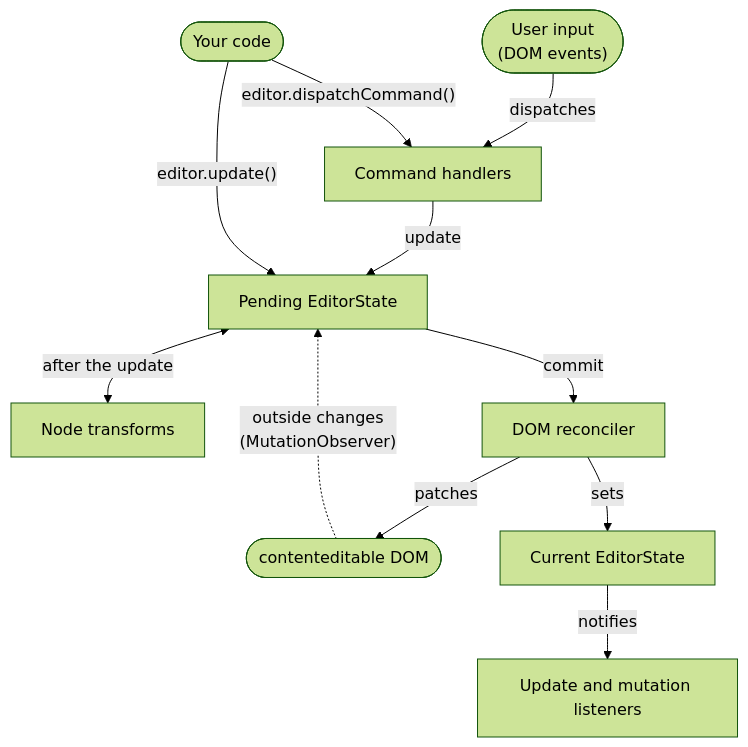
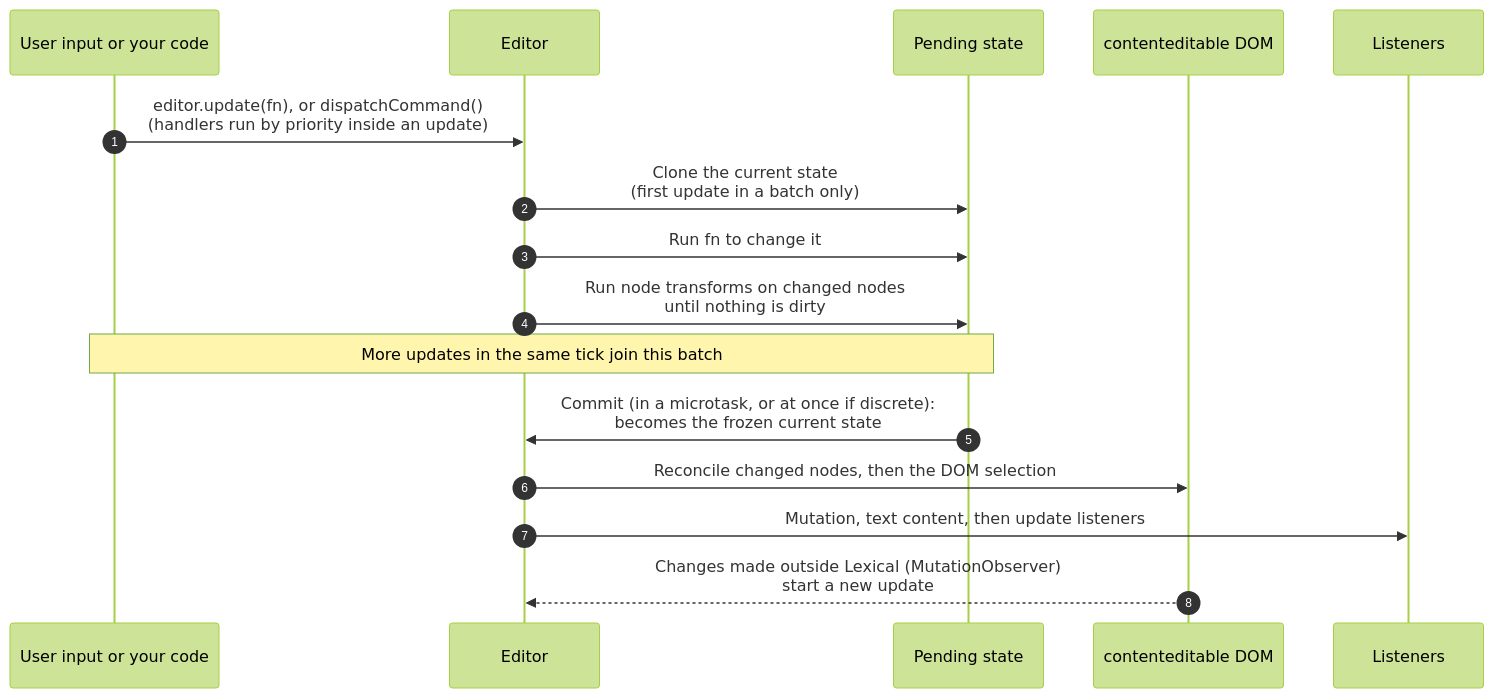
One commit to facebook/lexical changed the third of 3 diagrams in packages/lexical-website/docs/intro.md. Above: the diagram before and after it, drawn with Mermaid (forest theme). The commit also changed other lines of this file, not shown here.

Commit message:
[lexical-website] Documentation Update: Redraw the intro's update diagram as an ordered sequence
## Description

The update diagram was a flowchart of connections that did not show the
order in which an update happens. It is now a numbered sequence diagram
that follows `$beginUpdate` and `$commitPendingUpdates`: start an update
(directly or through command handlers), clone the pending state for the
first update in a batch, run the callback, run node transforms until
nothing is dirty, batch further updates, commit (microtask or discrete),
reconcile the DOM and then the DOM selection, call mutation, text content,
and update listeners, and show outside DOM changes starting a new update.
The paragraph above it is reworded to match that order.

## Test plan

### After

`npx prettier --check` passes on the page and `npx docusaurus build`
succeeds with broken link and anchor checks set to throw. Rendered the
diagram with the site's Mermaid version in Chromium; all eight numbered
steps are legible.

````diff
--- a/packages/lexical-website/docs/intro.md
+++ b/packages/lexical-website/docs/intro.md
@@ -241,15 +241,20 @@
 ```mermaid
-flowchart TB
-  accTitle: How an update reaches the DOM
-  accDescr: User input and your code dispatch commands, whose handlers update the pending editor state; your code can also call editor.update directly. Node transforms run after the update. The pending state is committed to the DOM reconciler, which patches the contenteditable DOM and sets the new current editor state, which notifies update and mutation listeners. Changes made to the DOM outside Lexical are picked up by a MutationObserver and fed back into the pending state.
-  input(["User input<br/>(DOM events)"]) -->|dispatches| cmd["Command handlers"]
-  cmd -->|"update"| pending
-  api(["Your code"]) -->|"editor.update()"| pending["Pending EditorState"]
-  api -->|"editor.dispatchCommand()"| cmd
-  pending <-->|"after the update"| transforms["Node transforms"]
-  pending -->|"commit"| reconciler["DOM reconciler"]
-  reconciler -->|"patches"| dom(["contenteditable DOM"])
-  dom -.->|"outside changes<br/>(MutationObserver)"| pending
-  reconciler -->|"sets"| current["Current EditorState"]
-  current -->|"notifies"| listeners["Update and mutation listeners"]
+sequenceDiagram
+  accTitle: The steps of an update
+  accDescr: User input or your code starts an update, either directly with editor.update or through a command whose handlers run inside an update. The first update in a batch clones the current editor state. The callback changes the pending state, then node transforms run on changed nodes until nothing is dirty. Further updates in the same tick join the batch. On commit, the pending state becomes the frozen current state, the reconciler patches the DOM and the DOM selection, and then mutation, text content, and update listeners are called. Changes made to the DOM outside Lexical are seen by a MutationObserver and start a new update.
+  autonumber
+  participant Src as User input or your code
+  participant Ed as Editor
+  participant P as Pending state
+  participant DOM as contenteditable DOM
+  participant L as Listeners
+  Src->>Ed: editor.update(fn), or dispatchCommand()<br/>(handlers run by priority inside an update)
+  Ed->>P: Clone the current state<br/>(first update in a batch only)
+  Ed->>P: Run fn to change it
+  Ed->>P: Run node transforms on changed nodes<br/>until nothing is dirty
+  Note over Src,P: More updates in the same tick join this batch
+  P->>Ed: Commit (in a microtask, or at once if discrete):<br/>becomes the frozen current state
+  Ed->>DOM: Reconcile changed nodes, then the DOM selection
+  Ed->>L: Mutation, text content, then update listeners
+  DOM-->>Ed: Changes made outside Lexical (MutationObserver)<br/>start a new update
 ```
````
